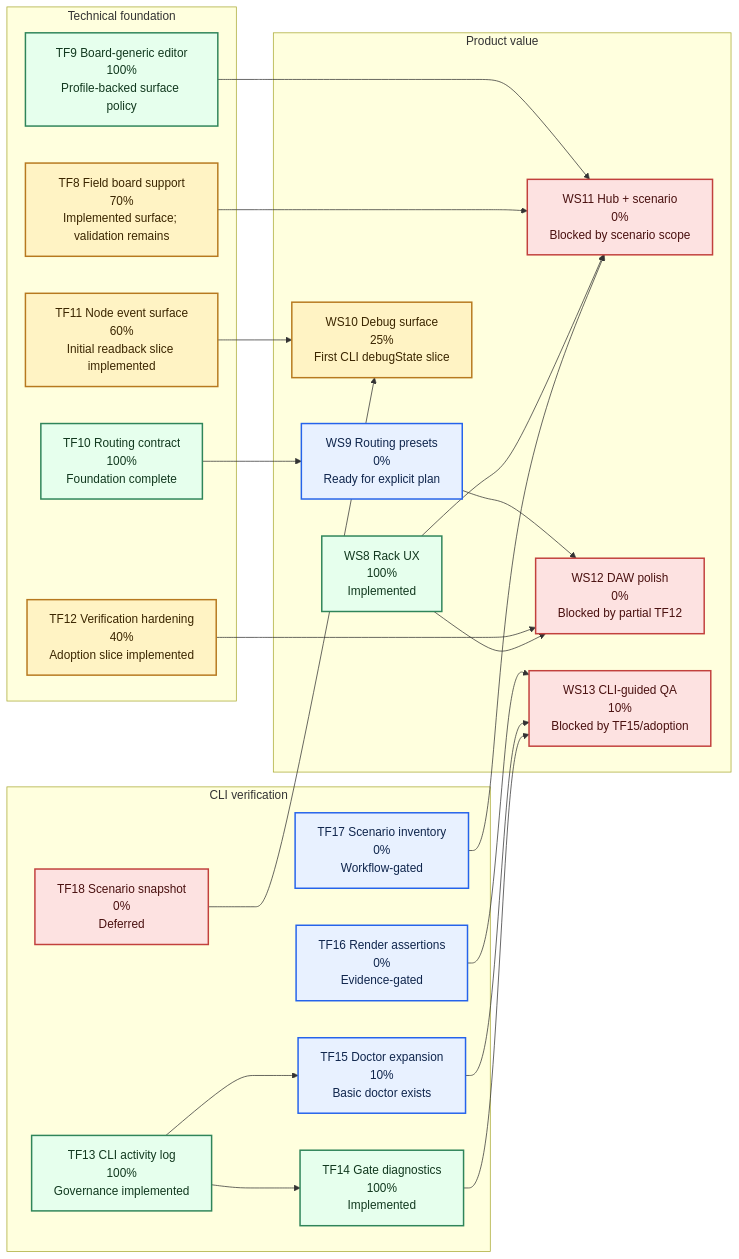
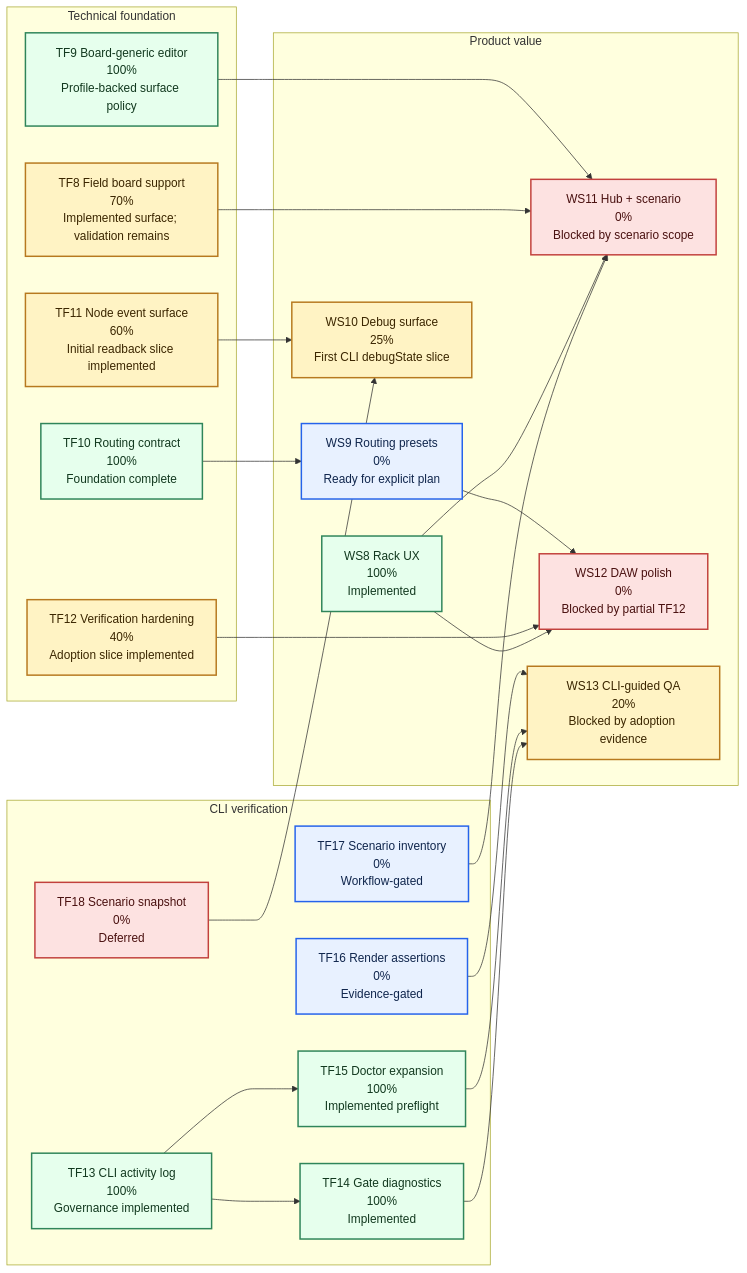
One commit to Denys/DaisyExamples changed the first of 2 diagrams in DaisyHost/WORKSTREAM_TRACKER.md. Above: the diagram before and after it, drawn with Mermaid. The commit also changed other lines of this file and 30 other files, not shown here.

````diff
--- a/DaisyHost/WORKSTREAM_TRACKER.md
+++ b/DaisyHost/WORKSTREAM_TRACKER.md
@@ -127,54 +135,55 @@
 ```mermaid
 flowchart LR
   subgraph foundation["Technical foundation"]
     tf8["TF8 Field board support<br/>70%<br/>Implemented surface; validation remains"]
     tf9["TF9 Board-generic editor<br/>100%<br/>Profile-backed surface policy"]
     tf10["TF10 Routing contract<br/>100%<br/>Foundation complete"]
     tf11["TF11 Node event surface<br/>60%<br/>Initial readback slice implemented"]
     tf12["TF12 Verification hardening<br/>40%<br/>Adoption slice implemented"]
   end
 
   subgraph cli["CLI verification"]
     tf13["TF13 CLI activity log<br/>100%<br/>Governance implemented"]
     tf14["TF14 Gate diagnostics<br/>100%<br/>Implemented"]
-    tf15["TF15 Doctor expansion<br/>10%<br/>Basic doctor exists"]
+    tf15["TF15 Doctor expansion<br/>100%<br/>Implemented preflight"]
     tf16["TF16 Render assertions<br/>0%<br/>Evidence-gated"]
     tf17["TF17 Scenario inventory<br/>0%<br/>Workflow-gated"]
     tf18["TF18 Scenario snapshot<br/>0%<br/>Deferred"]
   end
 
   subgraph product["Product value"]
     ws8["WS8 Rack UX<br/>100%<br/>Implemented"]
     ws9["WS9 Routing presets<br/>0%<br/>Ready for explicit plan"]
     ws10["WS10 Debug surface<br/>25%<br/>First CLI debugState slice"]
     ws11["WS11 Hub + scenario<br/>0%<br/>Blocked by scenario scope"]
     ws12["WS12 DAW polish<br/>0%<br/>Blocked by partial TF12"]
-    ws13["WS13 CLI-guided QA<br/>10%<br/>Blocked by TF15/adoption"]
+    ws13["WS13 CLI-guided QA<br/>20%<br/>Blocked by adoption evidence"]
   end
 
   tf10 --> ws9
   tf11 --> ws10
   tf13 --> tf14
   tf13 --> tf15
   tf14 --> ws13
   tf15 --> ws13
   tf16 --> ws13
   tf17 --> ws11
   tf18 --> ws10
   ws8 --> ws11
   tf8 --> ws11
   tf9 --> ws11
   ws8 --> ws12
   tf12 --> ws12
   ws9 --> ws12
 
   classDef done fill:#e6ffed,stroke:#2f855a,color:#12391f,stroke-width:2px
   classDef partial fill:#fff3c4,stroke:#b7791f,color:#3b2600,stroke-width:2px
   classDef ready fill:#e8f1ff,stroke:#2563eb,color:#10264d,stroke-width:2px
   classDef blocked fill:#fde2e1,stroke:#c2413d,color:#4a1110,stroke-width:2px
 
-  class ws8,tf9,tf10,tf13,tf14 done
+  class ws8,tf9,tf10,tf13,tf14,tf15 done
   class tf8,tf11,tf12,ws10 partial
-  class ws9,tf15,tf16,tf17 ready
-  class ws11,ws12,ws13,tf18 blocked
+  class ws9,tf16,tf17 ready
+  class ws11,ws12,tf18 blocked
+  class ws13 partial
 ```
````
